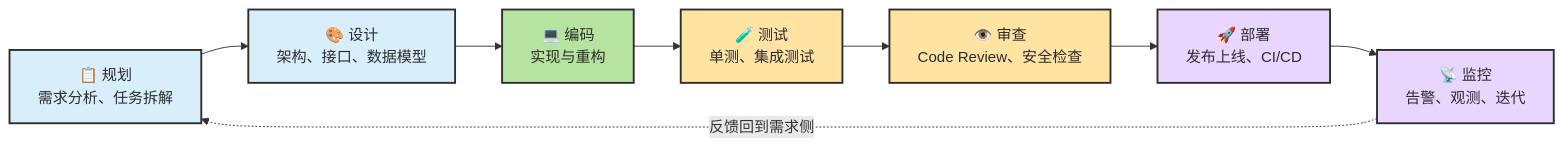
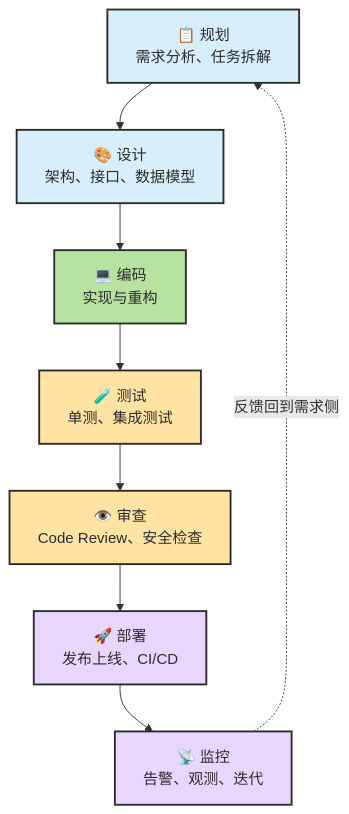
Before and after one commit to zht043/AgenticCodingTutorial: the first of 7 diagrams in docs/chapters/ch09-engineering.md, drawn with Mermaid. The commit also changed other lines of this file and 26 other files, not shown here.

````diff
--- a/docs/chapters/ch09-engineering.md
+++ b/docs/chapters/ch09-engineering.md
@@ -21,18 +23,18 @@
 ```mermaid
-flowchart LR
+flowchart TD
     classDef plan fill:#d8eefb,stroke:#2d2d2d,stroke-width:2px,color:#2d2d2d
     classDef build fill:#b7e3a1,stroke:#2d2d2d,stroke-width:2px,color:#2d2d2d
     classDef verify fill:#ffe3a3,stroke:#2d2d2d,stroke-width:2px,color:#2d2d2d
     classDef ops fill:#e8d6ff,stroke:#2d2d2d,stroke-width:2px,color:#2d2d2d
 
     Plan["📋 规划<br/>需求分析、任务拆解"]:::plan
     Design["🎨 设计<br/>架构、接口、数据模型"]:::plan
     Code["💻 编码<br/>实现与重构"]:::build
     Test["🧪 测试<br/>单测、集成测试"]:::verify
     Review["👁️ 审查<br/>Code Review、安全检查"]:::verify
     Deploy["🚀 部署<br/>发布上线、CI/CD"]:::ops
     Monitor["📡 监控<br/>告警、观测、迭代"]:::ops
 
     Plan --> Design --> Code --> Test --> Review --> Deploy --> Monitor
     Monitor -.->|"反馈回到需求侧"| Plan
 ```
````
